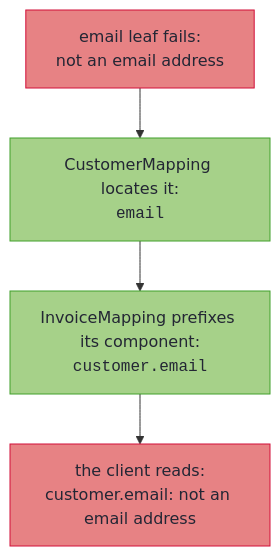
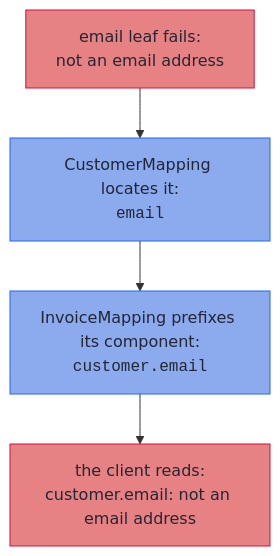
Before and after one commit to higher-kinded-j/higher-kinded-j: the first of 2 diagrams in hkj-book/src/mapping/structure.md, drawn with Mermaid. The commit also changed other lines of this file and 20 other files, not shown here.

````diff
--- a/hkj-book/src/mapping/structure.md
+++ b/hkj-book/src/mapping/structure.md
@@ -53,12 +53,12 @@
 ```mermaid
 flowchart TD
     L["email leaf fails:<br/>not an email address"] --> C["CustomerMapping locates it:<br/><code>email</code>"]
     C --> I["InvoiceMapping prefixes its component:<br/><code>customer.email</code>"]
     I --> R["the client reads:<br/>customer.email: not an email address"]
 
     classDef error fill:#e78284,stroke:#d20f39,color:#232634
-    classDef tier fill:#a6d189,stroke:#40a02b,color:#232634
+    classDef wire fill:#8caaee,stroke:#1e66f5,color:#232634
     class L error
-    class C,I tier
+    class C,I wire
     class R error
 ```
````
